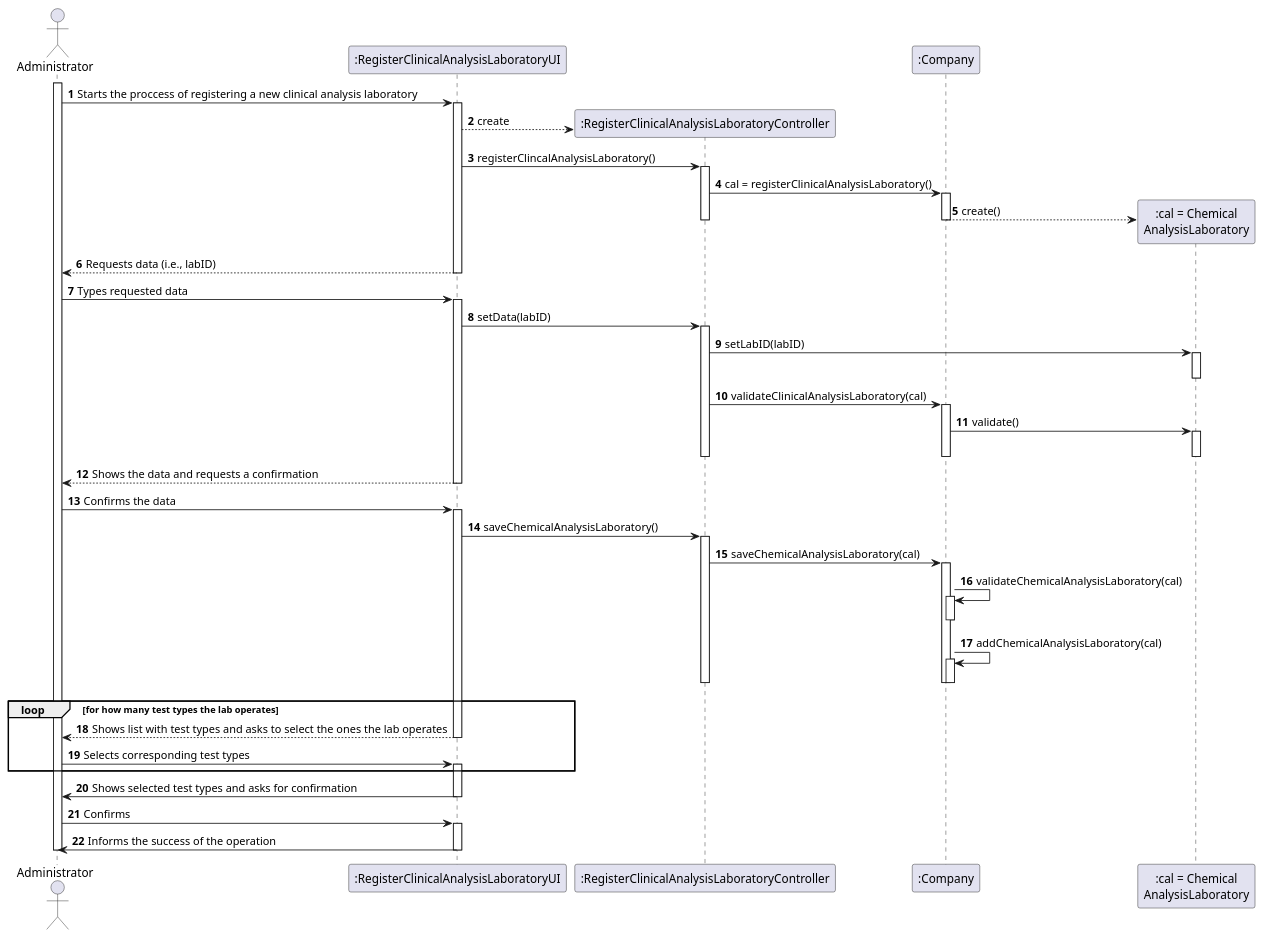
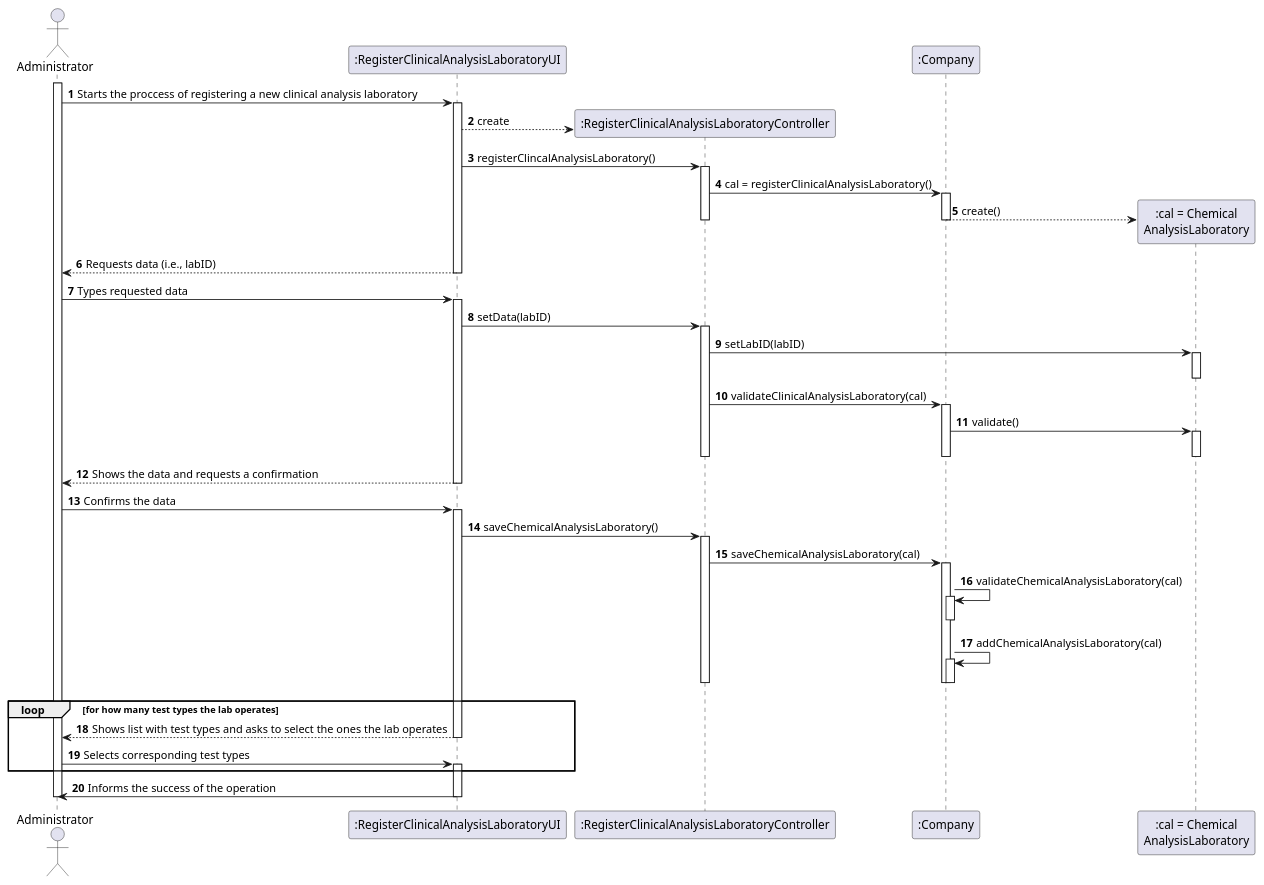
Before and after one commit to 0franciscor/lei-21-s2-1de-g19: the diagram in docs/SprintB/US08/US8_SD.puml, drawn with PlantUML. The commit also changed 1 other file, not shown here.

```diff
--- a/docs/SprintB/US08/US8_SD.puml
+++ b/docs/SprintB/US08/US8_SD.puml
@@ -1,76 +1,71 @@
 @startuml
 autonumber
 
 actor "Administrator" as ADMIN
 participant ":RegisterClinicalAnalysisLaboratoryUI" as UI
 participant ":RegisterClinicalAnalysisLaboratoryController" as CTRL
 participant ":Company" as CMP
 participant ":cal = Chemical\nAnalysisLaboratory" as CAL
 
 
 activate ADMIN
 ADMIN -> UI : Starts the proccess of registering a new clinical analysis laboratory
 activate UI
 UI --> CTRL ** : create
 UI -> CTRL : registerClincalAnalysisLaboratory()
 activate CTRL
 CTRL -> CMP : cal = registerClinicalAnalysisLaboratory()
 activate CMP
 CMP --> CAL ** : create()
 deactivate CMP
 deactivate CTRL
 UI --> ADMIN : Requests data (i.e., labID)
 deactivate UI
 
 ADMIN -> UI : Types requested data
 activate UI
 UI -> CTRL : setData(labID)
 activate CTRL
 CTRL -> CAL: setLabID(labID)
 activate CAL
 deactivate CAL
 CTRL -> CMP : validateClinicalAnalysisLaboratory(cal)
 activate CMP
 CMP -> CAL : validate()
 activate CAL
 deactivate CAL
 deactivate CMP
 deactivate CTRL
 UI --> ADMIN : Shows the data and requests a confirmation
 deactivate UI
 
 ADMIN -> UI : Confirms the data
 activate UI
 UI -> CTRL : saveChemicalAnalysisLaboratory()
 activate CTRL
 CTRL -> CMP : saveChemicalAnalysisLaboratory(cal)
 activate CMP
 CMP -> CMP : validateChemicalAnalysisLaboratory(cal)
 activate CMP
 deactivate CMP
 CMP -> CMP :addChemicalAnalysisLaboratory(cal)
 activate CMP
 deactivate CMP
 deactivate CMP
 deactivate CTRL
 
 loop for how many test types the lab operates
 UI --> ADMIN : Shows list with test types and asks to select the ones the lab operates
 deactivate UI 
 
 
 ADMIN -> UI : Selects corresponding test types
 activate UI 
 end
 
-UI -> ADMIN : Shows selected test types and asks for confirmation
-deactivate UI
-
-ADMIN -> UI : Confirms
-activate UI
 UI -> ADMIN : Informs the success of the operation
 deactivate UI
 
 deactivate ADMIN
 
 @enduml
```
